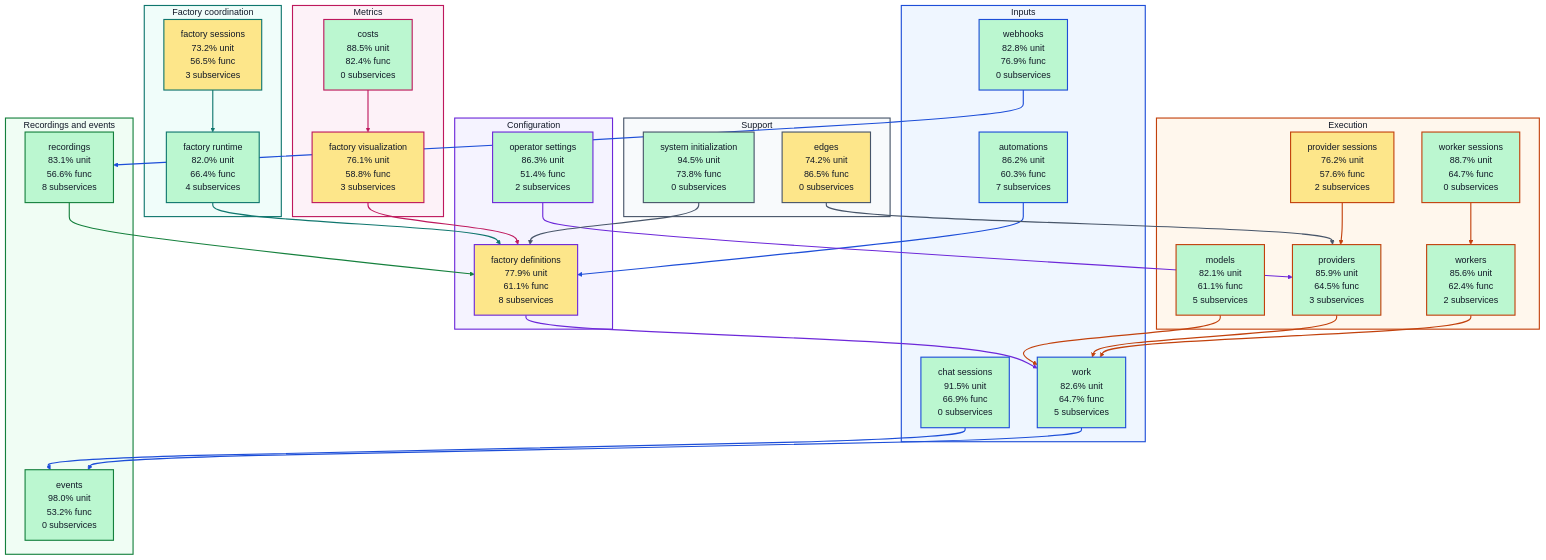
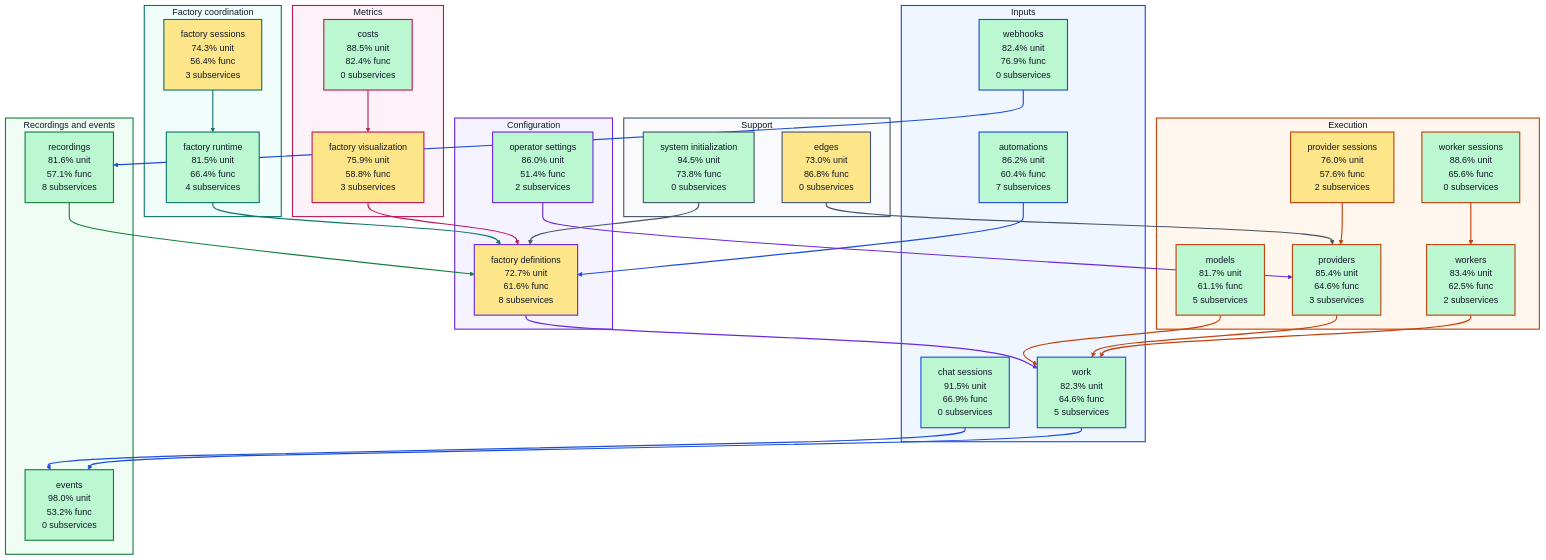
One commit to portpowered/you-agent-factory changed the diagram in docs/architecture/visualizations/high-level-test-coverage.md. Above: the diagram before and after it, drawn with Mermaid. The commit also changed other lines of this file and 20 other files, not shown here.

Commit message:
docs: refresh backend architecture visualizations

````diff
--- a/docs/architecture/visualizations/high-level-test-coverage.md
+++ b/docs/architecture/visualizations/high-level-test-coverage.md
@@ -11,36 +11,36 @@
 ```mermaid
 flowchart TB
   subgraph input["Inputs"]
-    s_services_automations["automations<br/>86.2% unit<br/>60.3% func<br/>7 subservices"]
+    s_services_automations["automations<br/>86.2% unit<br/>60.4% func<br/>7 subservices"]
     s_services_chat_sessions["chat sessions<br/>91.5% unit<br/>66.9% func<br/>0 subservices"]
-    s_services_webhooks["webhooks<br/>82.8% unit<br/>76.9% func<br/>0 subservices"]
-    s_services_work["work<br/>82.6% unit<br/>64.7% func<br/>5 subservices"]
+    s_services_webhooks["webhooks<br/>82.4% unit<br/>76.9% func<br/>0 subservices"]
+    s_services_work["work<br/>82.3% unit<br/>64.6% func<br/>5 subservices"]
   end
   subgraph configuration["Configuration"]
-    s_services_factory_definitions["factory definitions<br/>77.9% unit<br/>61.1% func<br/>8 subservices"]
-    s_services_operator_settings["operator settings<br/>86.3% unit<br/>51.4% func<br/>2 subservices"]
+    s_services_factory_definitions["factory definitions<br/>72.7% unit<br/>61.6% func<br/>8 subservices"]
+    s_services_operator_settings["operator settings<br/>86.0% unit<br/>51.4% func<br/>2 subservices"]
   end
   subgraph coordination["Factory coordination"]
-    s_services_factory_runtime["factory runtime<br/>82.0% unit<br/>66.4% func<br/>4 subservices"]
-    s_services_factory_sessions["factory sessions<br/>73.2% unit<br/>56.5% func<br/>3 subservices"]
+    s_services_factory_runtime["factory runtime<br/>81.5% unit<br/>66.4% func<br/>4 subservices"]
+    s_services_factory_sessions["factory sessions<br/>74.3% unit<br/>56.4% func<br/>3 subservices"]
   end
   subgraph execution["Execution"]
-    s_services_models["models<br/>82.1% unit<br/>61.1% func<br/>5 subservices"]
-    s_services_provider_sessions["provider sessions<br/>76.2% unit<br/>57.6% func<br/>2 subservices"]
-    s_services_providers["providers<br/>85.9% unit<br/>64.5% func<br/>3 subservices"]
-    s_services_worker_sessions["worker sessions<br/>88.7% unit<br/>64.7% func<br/>0 subservices"]
-    s_services_workers["workers<br/>85.6% unit<br/>62.4% func<br/>2 subservices"]
+    s_services_models["models<br/>81.7% unit<br/>61.1% func<br/>5 subservices"]
+    s_services_provider_sessions["provider sessions<br/>76.0% unit<br/>57.6% func<br/>2 subservices"]
+    s_services_providers["providers<br/>85.4% unit<br/>64.6% func<br/>3 subservices"]
+    s_services_worker_sessions["worker sessions<br/>88.6% unit<br/>65.6% func<br/>0 subservices"]
+    s_services_workers["workers<br/>83.4% unit<br/>62.5% func<br/>2 subservices"]
   end
   subgraph recordings["Recordings and events"]
     s_services_events["events<br/>98.0% unit<br/>53.2% func<br/>0 subservices"]
-    s_services_recordings["recordings<br/>83.1% unit<br/>56.6% func<br/>8 subservices"]
+    s_services_recordings["recordings<br/>81.6% unit<br/>57.1% func<br/>8 subservices"]
   end
   subgraph metrics["Metrics"]
     s_services_costs["costs<br/>88.5% unit<br/>82.4% func<br/>0 subservices"]
-    s_services_factory_visualization["factory visualization<br/>76.1% unit<br/>58.8% func<br/>3 subservices"]
+    s_services_factory_visualization["factory visualization<br/>75.9% unit<br/>58.8% func<br/>3 subservices"]
   end
   subgraph support["Support"]
-    s_services_edges["edges<br/>74.2% unit<br/>86.5% func<br/>0 subservices"]
+    s_services_edges["edges<br/>73.0% unit<br/>86.8% func<br/>0 subservices"]
     s_services_system_initialization["system initialization<br/>94.5% unit<br/>73.8% func<br/>0 subservices"]
   end
   s_services_automations --> s_services_factory_definitions
````
